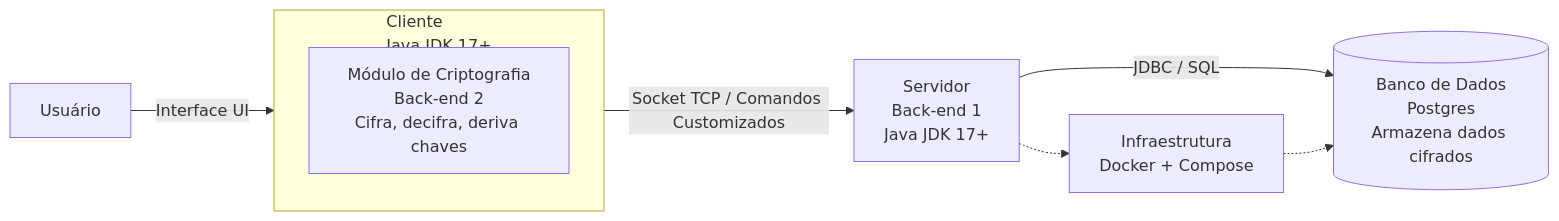
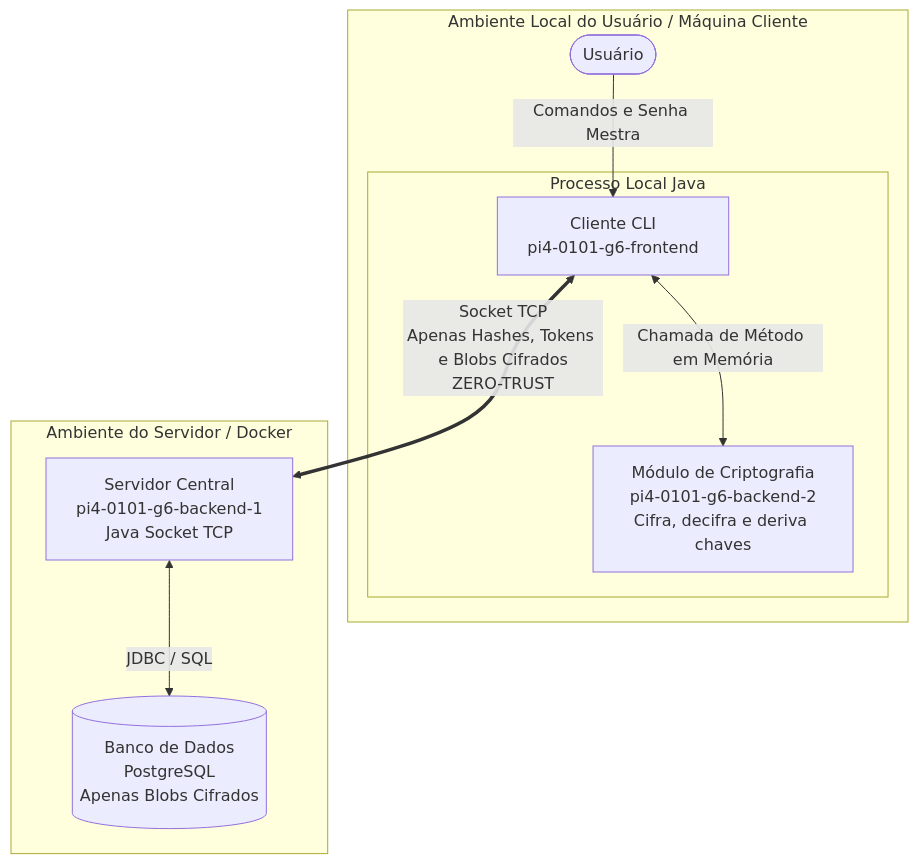
Before and after one commit to egili/pi4-0101-g6-frontend: the diagram in docs/fluxos/VisaoGeral.md, drawn with Mermaid. The commit also changed other lines of this file and 2 other files, not shown here.

Commit message:
docs(fluxos): atualiza Visão Geral, E8 e E9 especificando o contêiner .vault e re-cifragem no cliente (refs #821, TASK H01.2)

````diff
--- a/docs/fluxos/VisaoGeral.md
+++ b/docs/fluxos/VisaoGeral.md
@@ -16,13 +32,17 @@
 ```mermaid
-flowchart LR
-    U[Usuário] -->|Interface UI| C
-    
-    subgraph C[Cliente<br>Java JDK 17+]
-        CM[Módulo de Criptografia<br>Back-end 2<br>Cifra, decifra, deriva chaves]
+flowchart TD
+    subgraph HostCliente [Ambiente Local do Usuário / Máquina Cliente]
+        U([Usuário]) -->|Comandos e Senha Mestra| CLI[Cliente CLI<br>pi4-0101-g6-frontend]
+        subgraph ProcessoCliente [Processo Local Java]
+            CLI <-->|Chamada de Método em Memória| CM[Módulo de Criptografia<br>pi4-0101-g6-backend-2<br>Cifra, decifra e deriva chaves]
+        end
     end
-    
-    C -->|Socket TCP / Comandos Customizados| S[Servidor<br>Back-end 1<br>Java JDK 17+]
-    S -->|JDBC / SQL| DB[(Banco de Dados<br>Postgres<br>Armazena dados cifrados)]
-    S -.-> I[Infraestrutura<br>Docker + Compose]
-    I -.-> DB
+
+    subgraph HostServidor [Ambiente do Servidor / Docker]
+        S[Servidor Central<br>pi4-0101-g6-backend-1<br>Java Socket TCP]
+        DB[(Banco de Dados<br>PostgreSQL<br>Apenas Blobs Cifrados)]
+        S <-->|JDBC / SQL| DB
+    end
+
+    CLI <==>|Socket TCP<br>Apenas Hashes, Tokens e Blobs Cifrados<br>ZERO-TRUST| S
 ```
````
